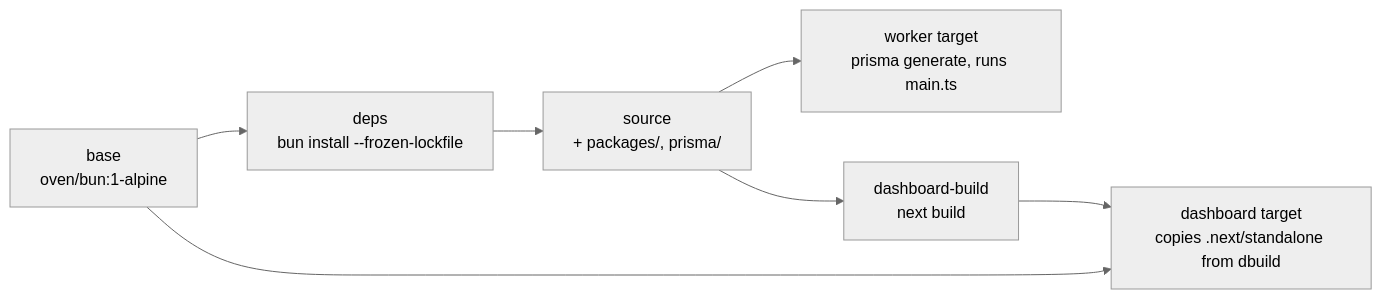
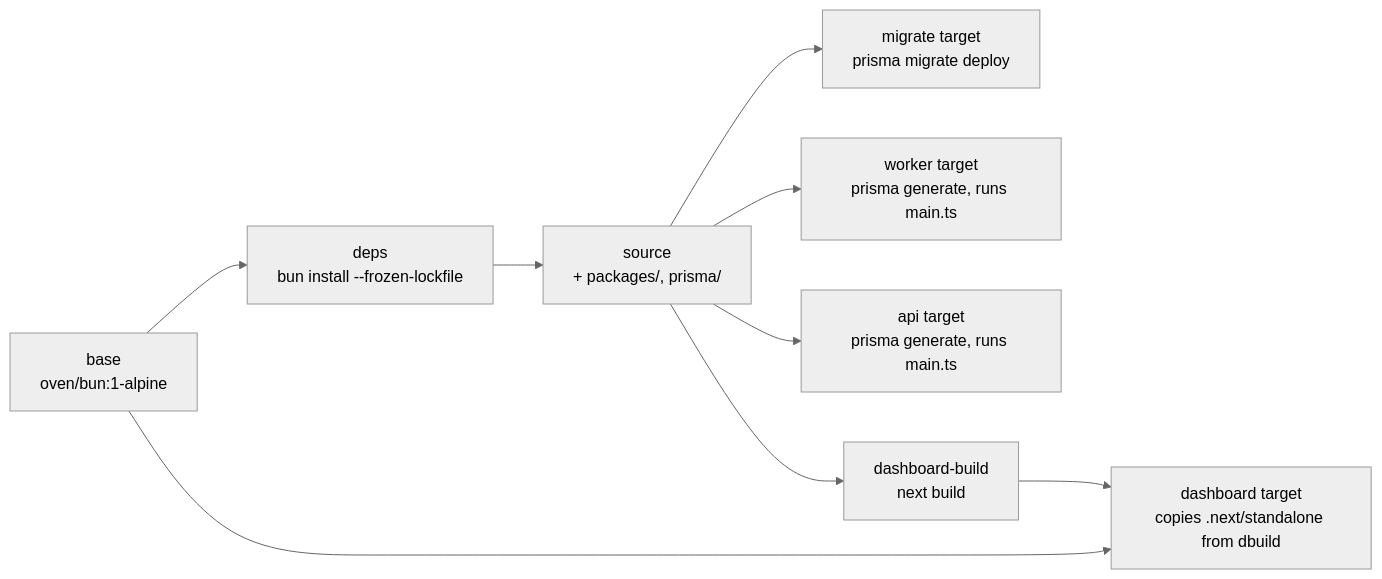
One commit to lumi-devs/Lumi changed the second of 2 diagrams in deploy/docker/README.md. Above: the diagram before and after it, drawn with Mermaid (neutral theme). The commit also changed other lines of this file and 3 other files, not shown here.

First line of the commit message:
feat(deploy): one-shot migrate service, optional PgBouncer, documented deployment tiers

````diff
--- a/deploy/docker/README.md
+++ b/deploy/docker/README.md
@@ -101,9 +104,11 @@
 ```mermaid
 graph LR
     base[base<br/>oven/bun:1-alpine] --> deps[deps<br/>bun install --frozen-lockfile]
     deps --> source[source<br/>+ packages/, prisma/]
+    source --> migrate[migrate target<br/>prisma migrate deploy]
     source --> worker[worker target<br/>prisma generate, runs main.ts]
+    source --> api[api target<br/>prisma generate, runs main.ts]
     source --> dbuild[dashboard-build<br/>next build]
     base --> dashboard[dashboard target<br/>copies .next/standalone from dbuild]
     dbuild --> dashboard
 ```
````
